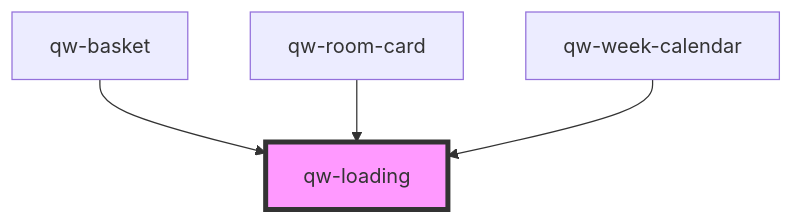
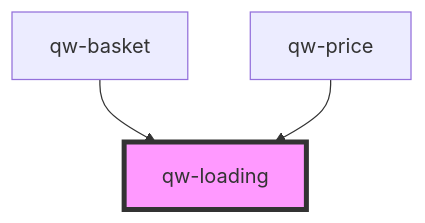
Before and after one commit to qwentes-team/qw-hotels: the diagram in src/components/shared/qw-loading/readme.md, drawn with Mermaid. The commit also changed other lines of this file and 16 other files, not shown here.

````diff
--- a/src/components/shared/qw-loading/readme.md
+++ b/src/components/shared/qw-loading/readme.md
@@ -24,7 +23,6 @@
 ```mermaid
 graph TD;
   qw-basket --> qw-loading
-  qw-room-card --> qw-loading
-  qw-week-calendar --> qw-loading
+  qw-price --> qw-loading
   style qw-loading fill:#f9f,stroke:#333,stroke-width:4px
 ```
````
